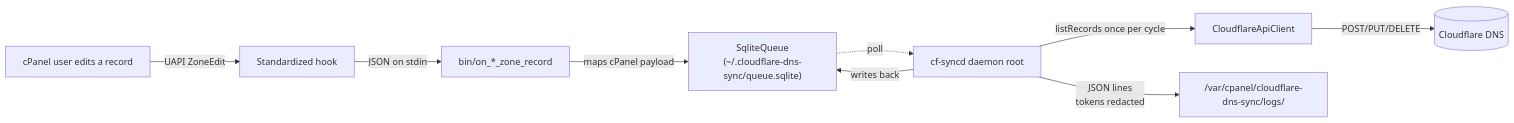
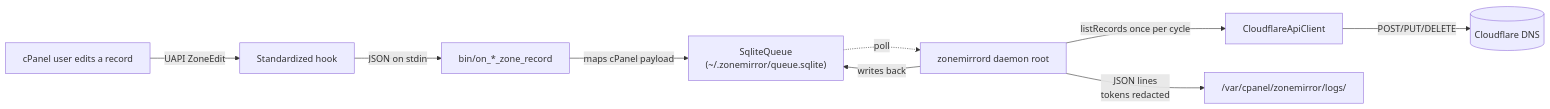
The diagram in README.md (zonemirror/zonemirror), drawn with Mermaid before and after one commit. The commit also changed other lines of this file and 71 other files, not shown here.

````diff
--- a/README.md
+++ b/README.md
@@ -68,11 +92,11 @@
 ```mermaid
 flowchart LR
     A[cPanel user edits a record] -->|UAPI ZoneEdit| B[Standardized hook]
     B -->|JSON on stdin| C[bin/on_*_zone_record]
-    C -->|maps cPanel payload| D["SqliteQueue<br/>(~/.cloudflare-dns-sync/queue.sqlite)"]
-    D -.poll.-> E[cf-syncd daemon root]
+    C -->|maps cPanel payload| D["SqliteQueue<br/>(~/.zonemirror/queue.sqlite)"]
+    D -.poll.-> E[zonemirrord daemon root]
     E -->|listRecords once per cycle| F[CloudflareApiClient]
     F -->|POST/PUT/DELETE| G[(Cloudflare DNS)]
     E -->|writes back| D
-    E -->|JSON lines<br/>tokens redacted| H["/var/cpanel/cloudflare-dns-sync/logs/"]
+    E -->|JSON lines<br/>tokens redacted| H["/var/cpanel/zonemirror/logs/"]
 ```
````
